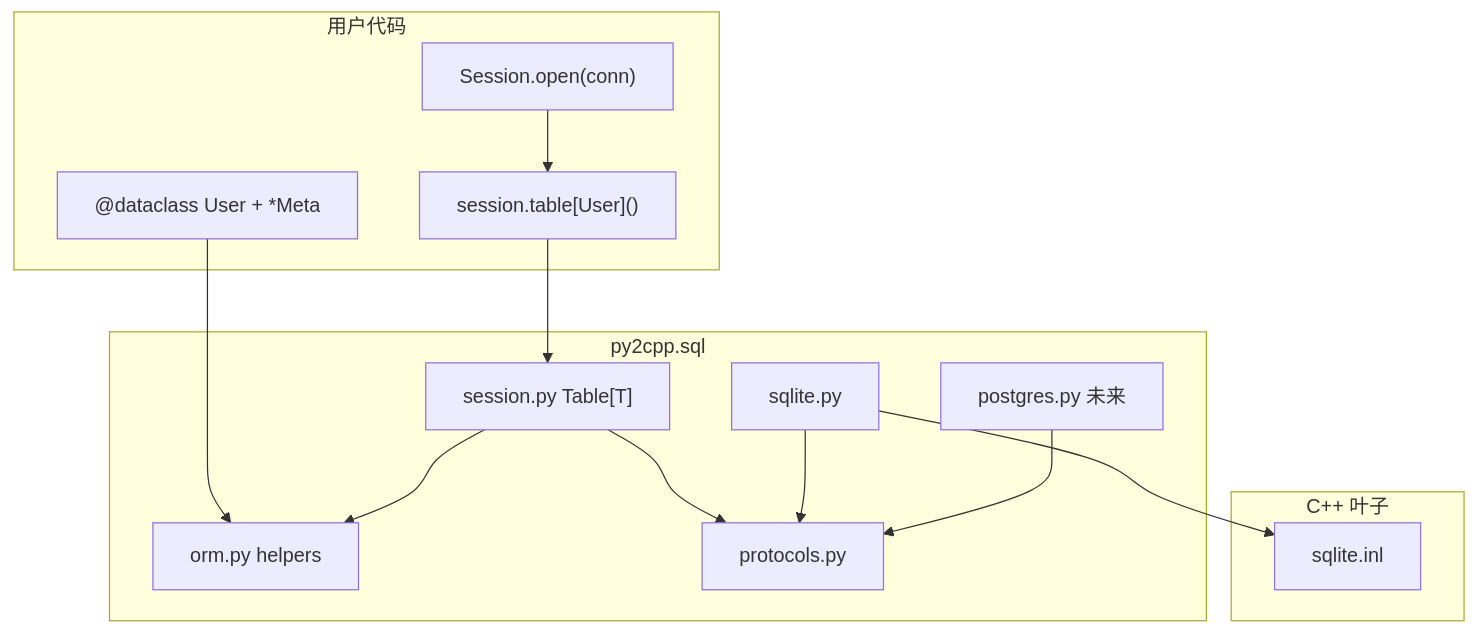
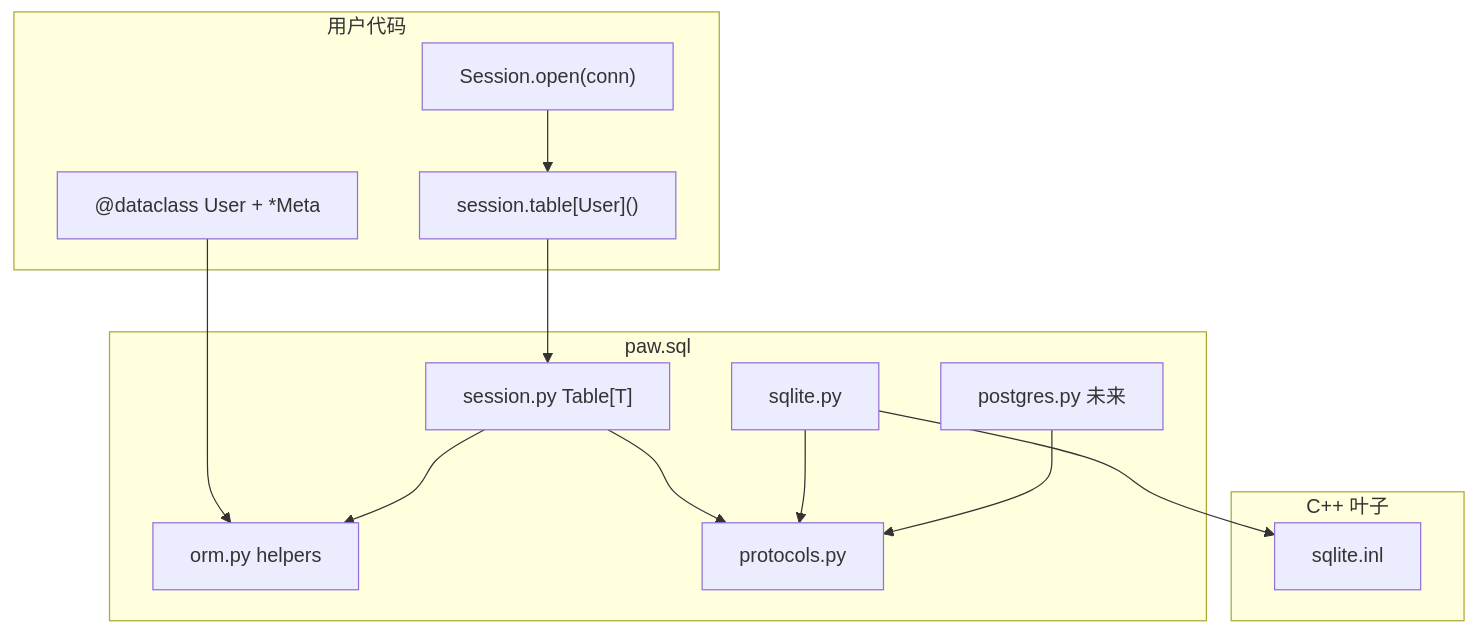
The diagram in paw/docs/sql-orm.md (PythonOtakus/Py2Cpp), drawn with Mermaid before and after one commit. The commit also changed other lines of this file and 1013 other files, not shown here.

````diff
--- a/paw/docs/sql-orm.md
+++ b/paw/docs/sql-orm.md
@@ -83,29 +83,29 @@
 ```mermaid
 flowchart TB
   subgraph user [用户代码]
     M["@dataclass User + *Meta"]
     S["Session.open(conn)"]
     T["session.table[User]()"]
   end
 
-  subgraph sql_pkg [py2cpp.sql]
+  subgraph sql_pkg [paw.sql]
     ORM["orm.py helpers"]
     SESS["session.py Table[T]"]
     PROTO["protocols.py"]
     SQLITE["sqlite.py"]
     PG["postgres.py 未来"]
   end
 
   subgraph codegen [C++ 叶子]
     INL["sqlite.inl"]
   end
 
   M --> ORM
   S --> T
   T --> SESS
   SESS --> ORM
   SESS --> PROTO
   SQLITE --> PROTO
   PG --> PROTO
   SQLITE --> INL
 ```
````
